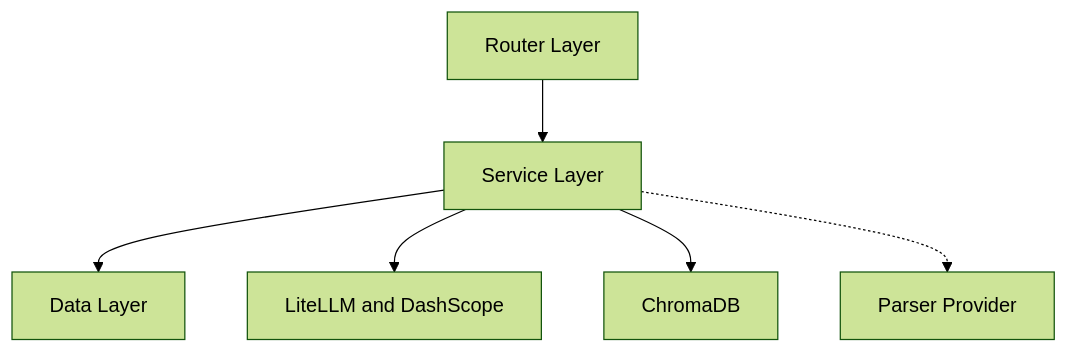
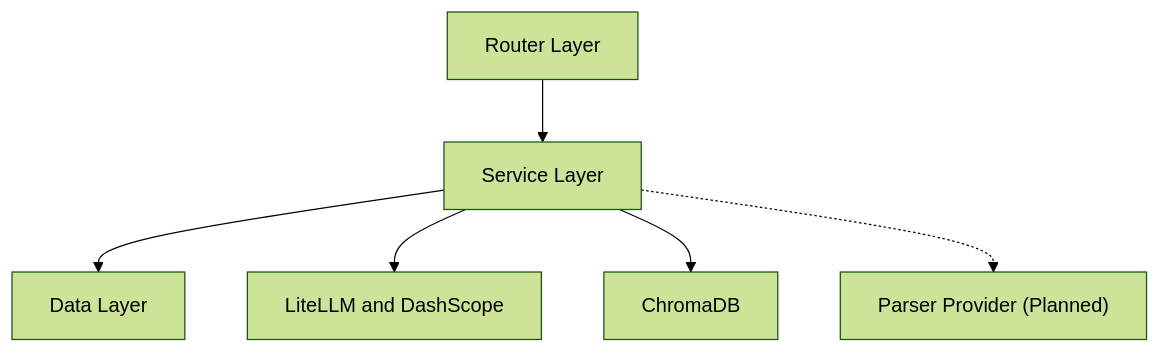
One commit to ln-one/Spectra changed the diagram in docs/architecture/backend/overview.md. Above: the diagram before and after it, drawn with Mermaid (forest theme). The commit also changed other lines of this file and 104 other files, not shown here.

````diff
--- a/docs/architecture/backend/overview.md
+++ b/docs/architecture/backend/overview.md
@@ -51,8 +51,8 @@
 ```mermaid
 flowchart TB
-    Router[Router Layer] --> Service[Service Layer]
-    Service --> Data[Data Layer]
-    Service --> LLM[LiteLLM and DashScope]
-    Service --> Vector[ChromaDB]
-    Service -.-> Parser[Parser Provider]
+ Router["Router Layer"] --> Service["Service Layer"]
+ Service --> Data["Data Layer"]
+ Service --> LLM["LiteLLM and DashScope"]
+ Service --> Vector["ChromaDB"]
+ Service -.-> Parser["Parser Provider (Planned)"]
 ```
````
